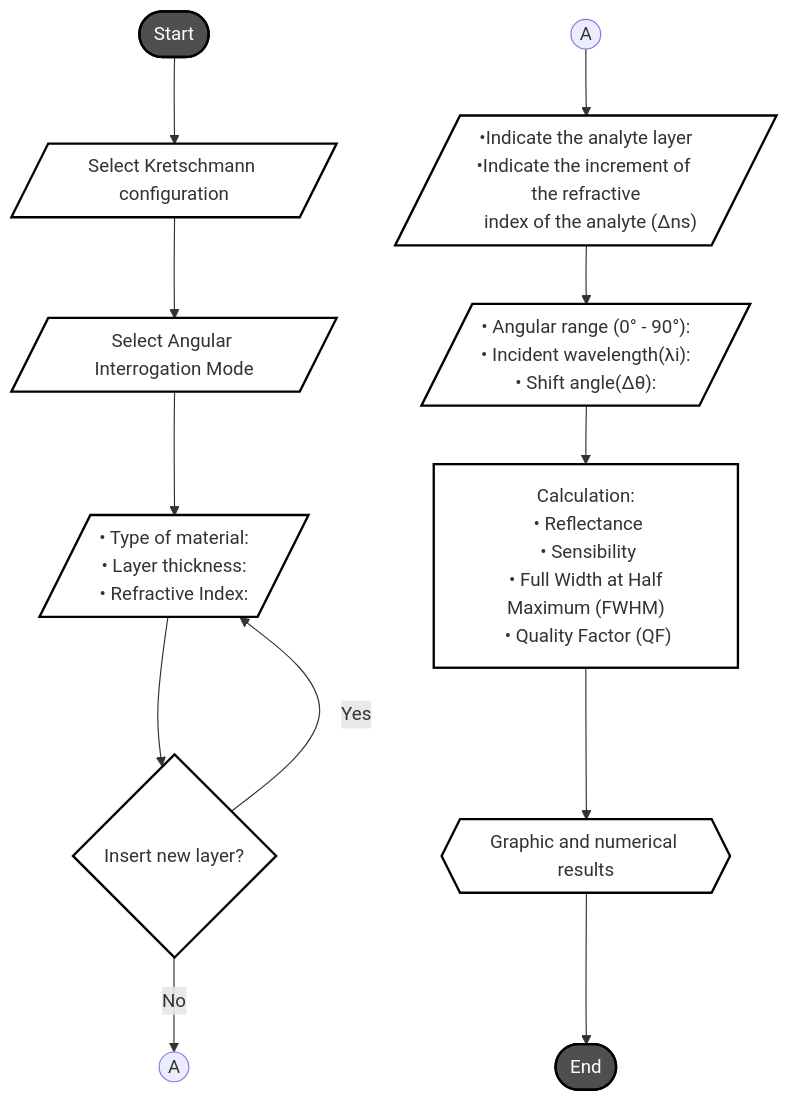
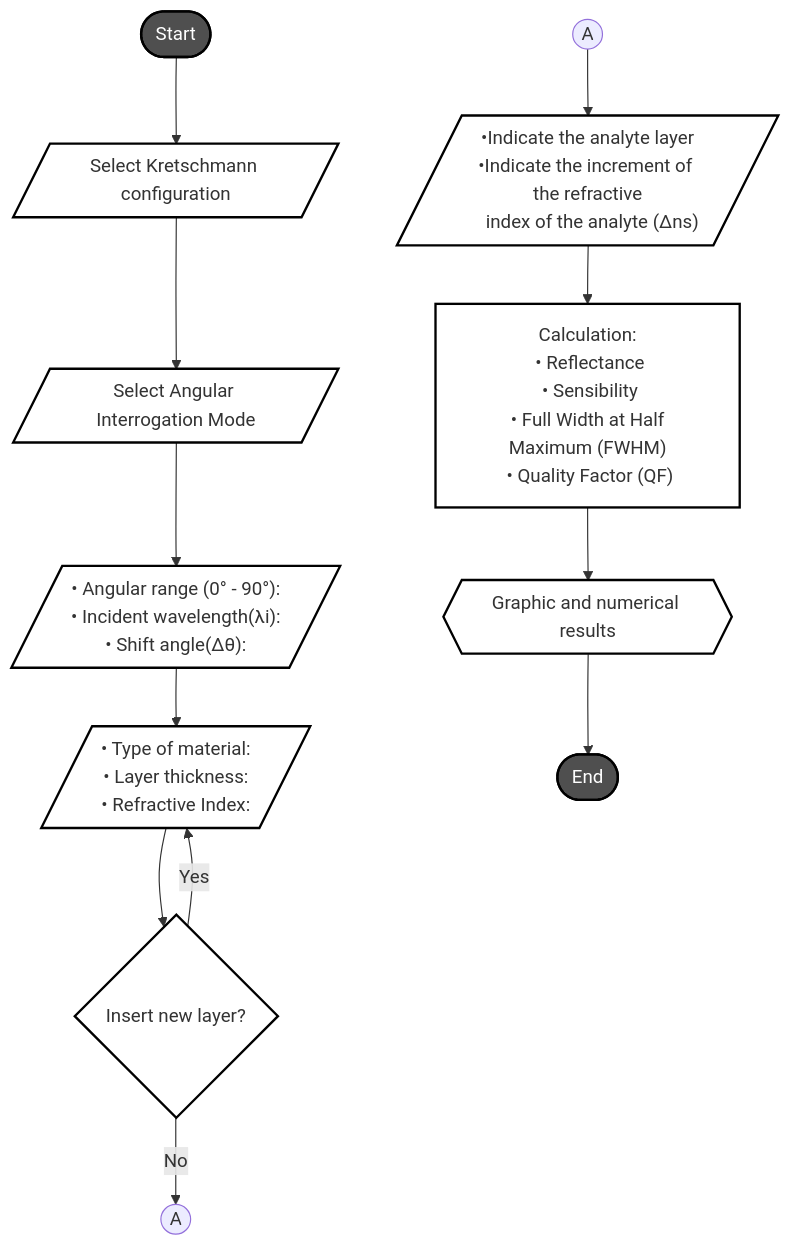
Before and after one commit to helderufcg/Sim-LMR: the diagram in README.md, drawn with Mermaid.

````diff
--- a/README.md
+++ b/README.md
@@ -14,27 +14,27 @@
 ```mermaid
 flowchart TD;
 
     start([Start])-->input1[/Select Kretschmann configuration/];
     input1[/Select Kretschmann configuration/]-->input2[/Select Angular Interrogation Mode/];
-    input2-->input3[/"#149; Type of material: <p>#149; Layer thickness: <p>#149; Refractive Index:"/];
-    input3-->input4{"Insert new layer?"};
-    input4-->|Yes|input3[/"#149; Type of material: <p>#149; Layer thickness: <p>#149; Refractive Index:"/];
-    input4-->|No|connection((A))
-    connection2((A))-->input5[/"#149;Indicate the analyte layer<p>#149;Indicate the increment of the refractive<p>  index of the analyte (#Delta;ns)"/];
-    input5-->input6[/"#149; Angular range (0#deg; - 90#deg;): <p>#149; Incident wavelength(#lambda;i): <p>#149; Shift angle(#Delta;#theta;):"/];
+    input2-->input3[/"#149; Angular range (0#deg; - 90#deg;): <p>#149; Incident wavelength(#lambda;i): <p>#149; Shift angle(#Delta;#theta;):"/];
+    input3-->input4[/"#149; Type of material: <p>#149; Layer thickness: <p>#149; Refractive Index:"/];
+    input4-->input5
+    input5-->|No|connect((A))
+    input5{"Insert new layer?"}-->|Yes|input4[/"#149; Type of material: <p>#149; Layer thickness: <p>#149; Refractive Index:"/];
+    connect2((A))-->input6[/"#149;Indicate the analyte layer<p>#149;Indicate the increment of the refractive<p>  index of the analyte (#Delta;ns)"/];
     input6-->input7["Calculation:<p> #149; Reflectance<p> #149; Sensibility<p> #149; Full Width at Half Maximum (FWHM)<p> #149; Quality Factor (QF)<p>"];
     input7-->display{{"Graphic and numerical results"}};
     display-->theend([End]);
     
     style start fill:	#4F4F4F,stroke:	#000000, stroke-width:2px,color:#FFFFFF
     style input1 fill:	#FFFFFF,stroke:	#000000, stroke-width:2px
     style input2 fill:	#FFFFFF,stroke:	#000000, stroke-width:2px
     style input3 fill:	#FFFFFF,stroke:	#000000, stroke-width:2px
     style input4 fill:	#FFFFFF,stroke:	#000000, stroke-width:2px
     style input5 fill:	#FFFFFF,stroke:	#000000, stroke-width:2px
     style input6 fill:	#FFFFFF,stroke:	#000000, stroke-width:2px
     style input7 fill:	#FFFFFF,stroke:	#000000, stroke-width:2px
     style display fill:	#FFFFFF,stroke:	#000000, stroke-width:2px
     style theend fill:	#4F4F4F,stroke:	#000000, stroke-width:2px,color:#FFFFFF
     
 ```
````
